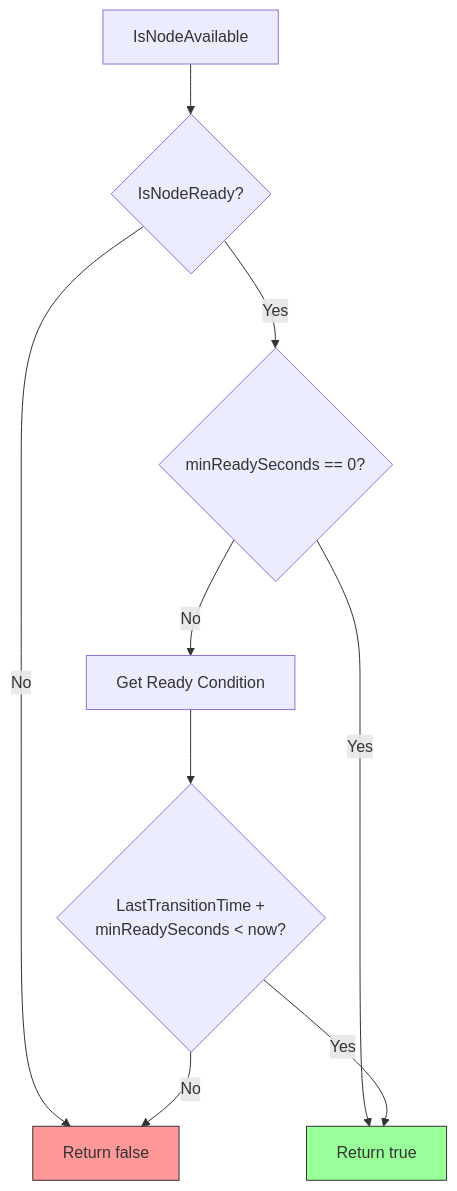
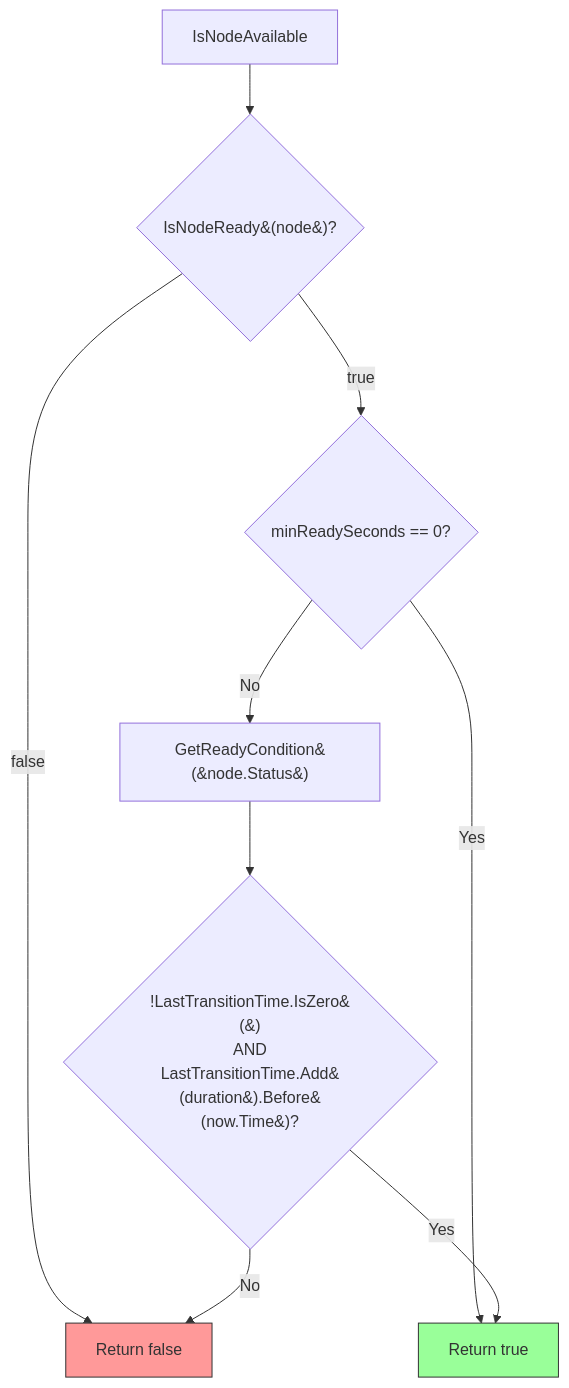
Before and after one commit to seanyen/cluster-api: the first of 5 diagrams in ai-gen/controllers/noderefutil-package.md, drawn with Mermaid. The commit also changed other lines of this file and 5 other files, not shown here.

````diff
--- a/ai-gen/controllers/noderefutil-package.md
+++ b/ai-gen/controllers/noderefutil-package.md
@@ -24,16 +24,16 @@
 ```mermaid
 flowchart TD
-    Start[IsNodeAvailable] --> CheckReady{IsNodeReady?}
-    CheckReady -->|No| ReturnFalse[Return false]
-    CheckReady -->|Yes| CheckMinReady{minReadySeconds == 0?}
+    Start[IsNodeAvailable] --> CheckReady{IsNodeReady&#40;node&#41;?}
+    CheckReady -->|false| ReturnFalse[Return false]
+    CheckReady -->|true| CheckMinReady{minReadySeconds == 0?}
     
     CheckMinReady -->|Yes| ReturnTrue[Return true]
-    CheckMinReady -->|No| GetCondition[Get Ready Condition]
+    CheckMinReady -->|No| GetCondition[GetReadyCondition&#40;&node.Status&#41;]
     
-    GetCondition --> CheckTransition{LastTransitionTime +<br/>minReadySeconds < now?}
+    GetCondition --> CheckTransition{!LastTransitionTime.IsZero&#40;&#41;<br/>AND<br/>LastTransitionTime.Add&#40;duration&#41;.Before&#40;now.Time&#41;?}
     CheckTransition -->|Yes| ReturnTrue
     CheckTransition -->|No| ReturnFalse
     
     style ReturnTrue fill:#9f9,stroke:#333
     style ReturnFalse fill:#f99,stroke:#333
 ```
````
